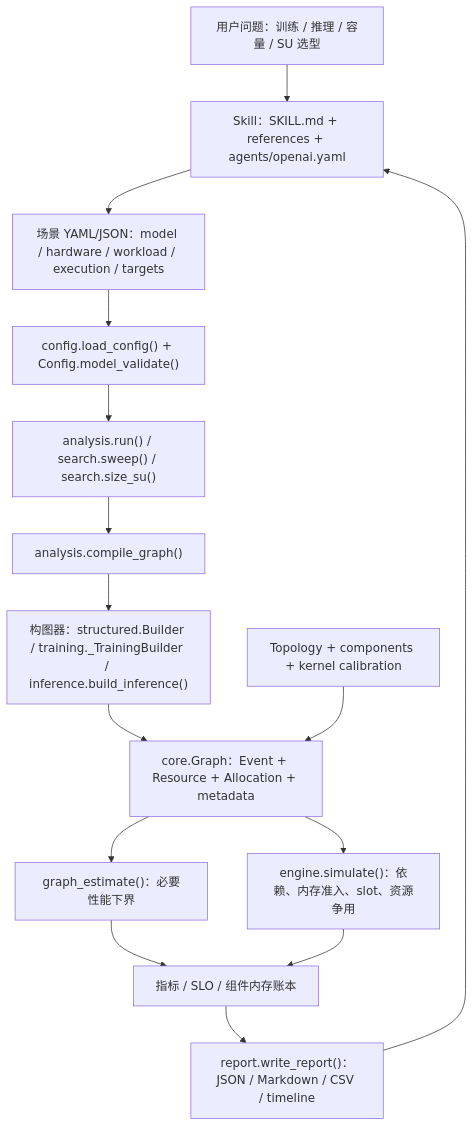
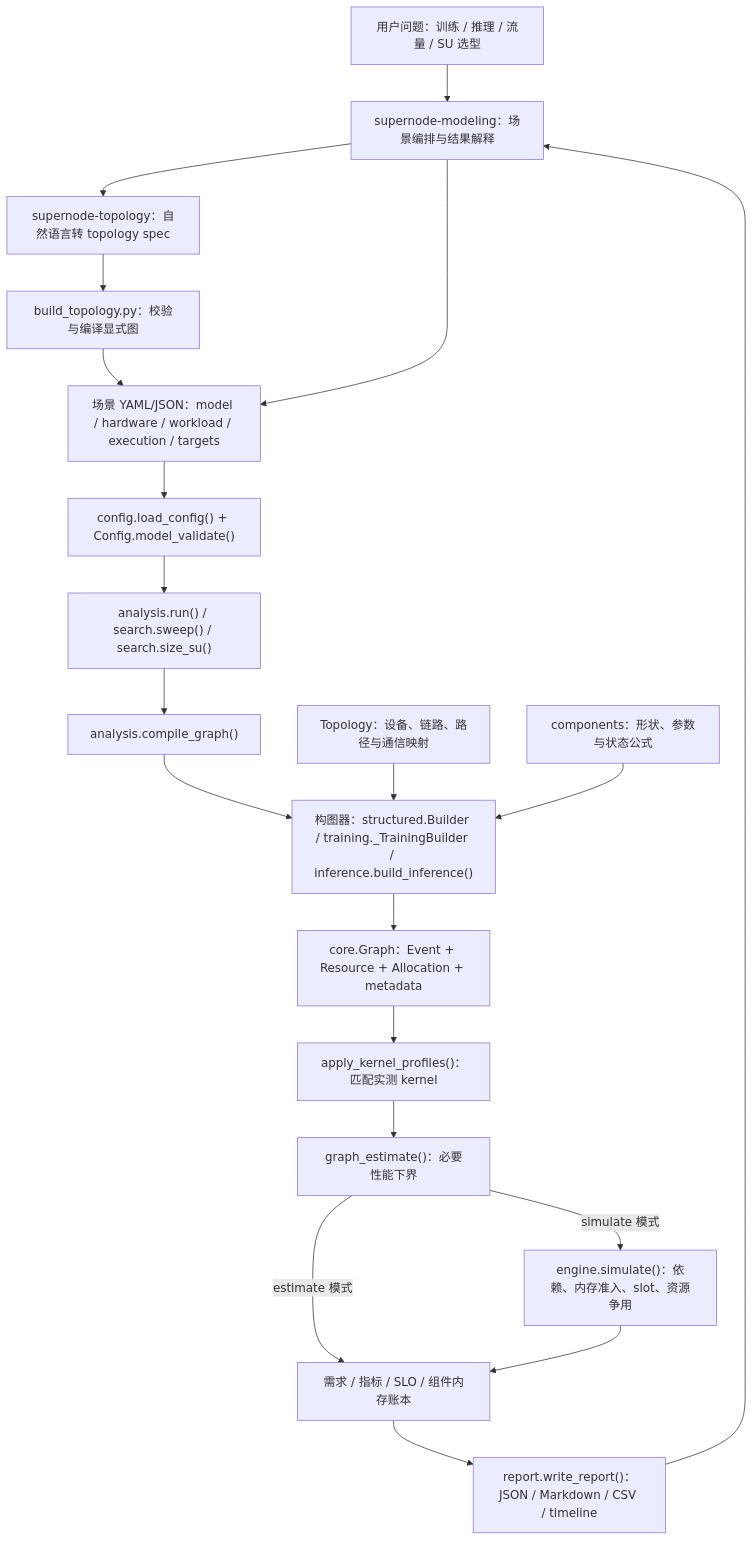
One commit to GuangyuZhu04/supernode_simulation changed the diagram in docs/diagrams/00-architecture.mmd. Above: the diagram before and after it, drawn with Mermaid. The commit also changed 2 other files, not shown here.

Commit message:
加入skill架构设计图

```diff
--- a/docs/diagrams/00-architecture.mmd
+++ b/docs/diagrams/00-architecture.mmd
@@ -1,15 +1,20 @@
 flowchart TB
-    U["用户问题：训练 / 推理 / 容量 / SU 选型"] --> S["Skill：SKILL.md + references + agents/openai.yaml"]
+    U["用户问题：训练 / 推理 / 流量 / SU 选型"] --> S["supernode-modeling：场景编排与结果解释"]
+    S --> TS["supernode-topology：自然语言转 topology spec"]
+    TS --> TC["build_topology.py：校验与编译显式图"]
+    TC --> C
     S --> C["场景 YAML/JSON：model / hardware / workload / execution / targets"]
     C --> V["config.load_config() + Config.model_validate()"]
     V --> A["analysis.run() / search.sweep() / search.size_su()"]
     A --> G["analysis.compile_graph()"]
     G --> B["构图器：structured.Builder / training._TrainingBuilder / inference.build_inference()"]
     B --> D["core.Graph：Event + Resource + Allocation + metadata"]
-    T["Topology + components + kernel calibration"] --> D
-    D --> E["graph_estimate()：必要性能下界"]
-    D --> X["engine.simulate()：依赖、内存准入、slot、资源争用"]
-    E --> R["指标 / SLO / 组件内存账本"]
+    T["Topology：设备、链路、路径与通信映射"] --> B
+    P["components：形状、参数与状态公式"] --> B
+    D --> K["apply_kernel_profiles()：匹配实测 kernel"]
+    K --> E["graph_estimate()：必要性能下界"]
+    E -->|simulate 模式| X["engine.simulate()：依赖、内存准入、slot、资源争用"]
+    E -->|estimate 模式| R["需求 / 指标 / SLO / 组件内存账本"]
     X --> R
     R --> O["report.write_report()：JSON / Markdown / CSV / timeline"]
     O --> S
```
